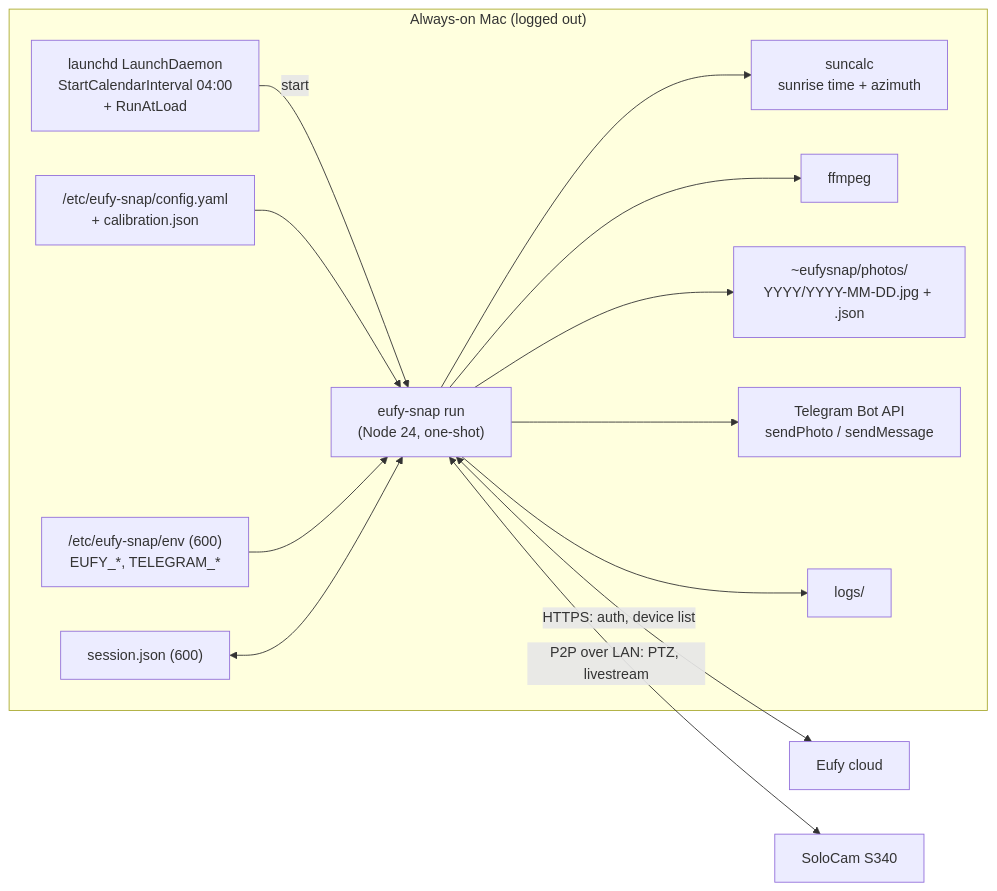
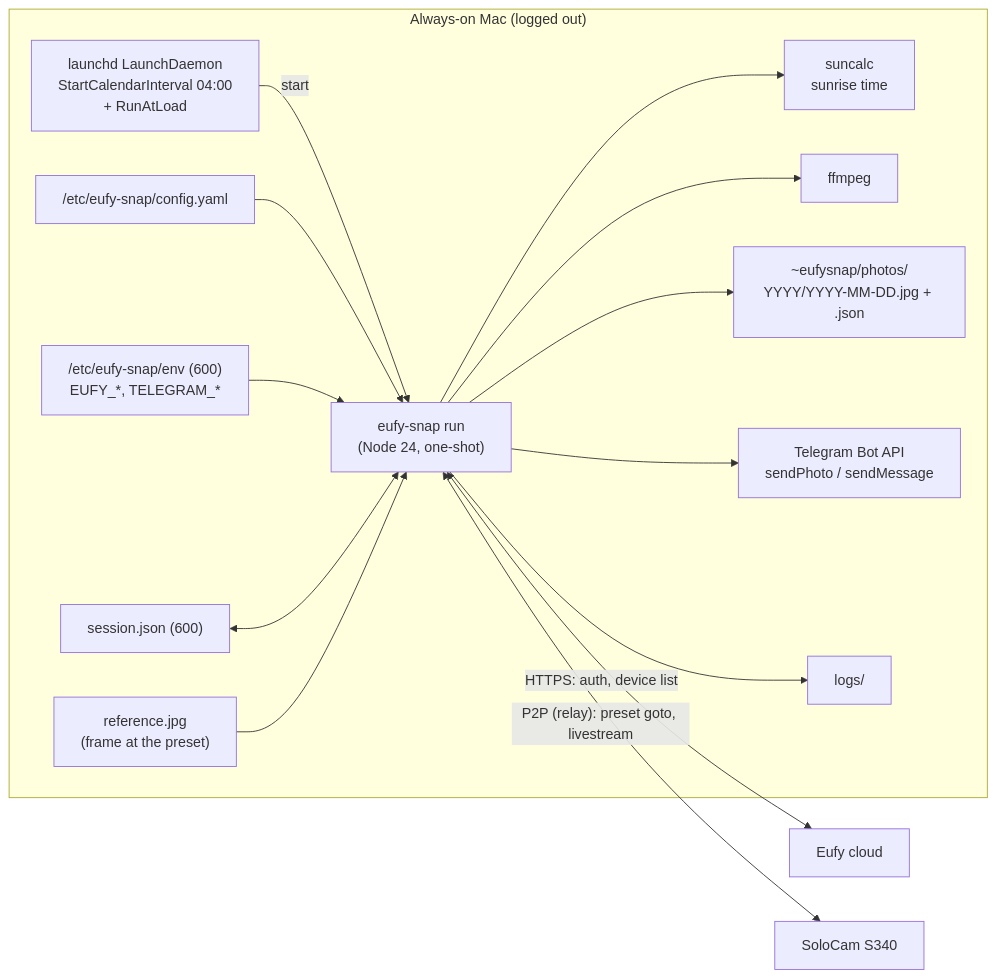
Before and after one commit to atiannicelli/eufy-snap: the first of 2 diagrams in docs/DESIGN.md, drawn with Mermaid. The commit also changed other lines of this file and 9 other files, not shown here.

First line of the commit message:
Spike: sweep command, frame comparator, design v0.3 (fixed preset)

````diff
--- a/docs/DESIGN.md
+++ b/docs/DESIGN.md
@@ -49,16 +52,17 @@
 ```mermaid
 flowchart LR
     subgraph mac["Always-on Mac (logged out)"]
         ld["launchd LaunchDaemon\nStartCalendarInterval 04:00\n+ RunAtLoad"] -->|"start"| run["eufy-snap run\n(Node 24, one-shot)"]
-        cfg["/etc/eufy-snap/config.yaml\n+ calibration.json"] --> run
+        cfg["/etc/eufy-snap/config.yaml"] --> run
         env["/etc/eufy-snap/env (600)\nEUFY_*, TELEGRAM_*"] --> run
         sess["session.json (600)"] <--> run
-        run --> sun["suncalc\nsunrise time + azimuth"]
+        ref["reference.jpg\n(frame at the preset)"] --> run
+        run --> sun["suncalc\nsunrise time"]
         run --> ff["ffmpeg"]
         run --> store["~eufysnap/photos/\nYYYY/YYYY-MM-DD.jpg + .json"]
         run --> tg["Telegram Bot API\nsendPhoto / sendMessage"]
         run --> logs["logs/"]
     end
     run <-->|"HTTPS: auth, device list"| cloud["Eufy cloud"]
-    run <-->|"P2P over LAN: PTZ, livestream"| cam["SoloCam S340"]
+    run <-->|"P2P (relay): preset goto, livestream"| cam["SoloCam S340"]
 ```
````
